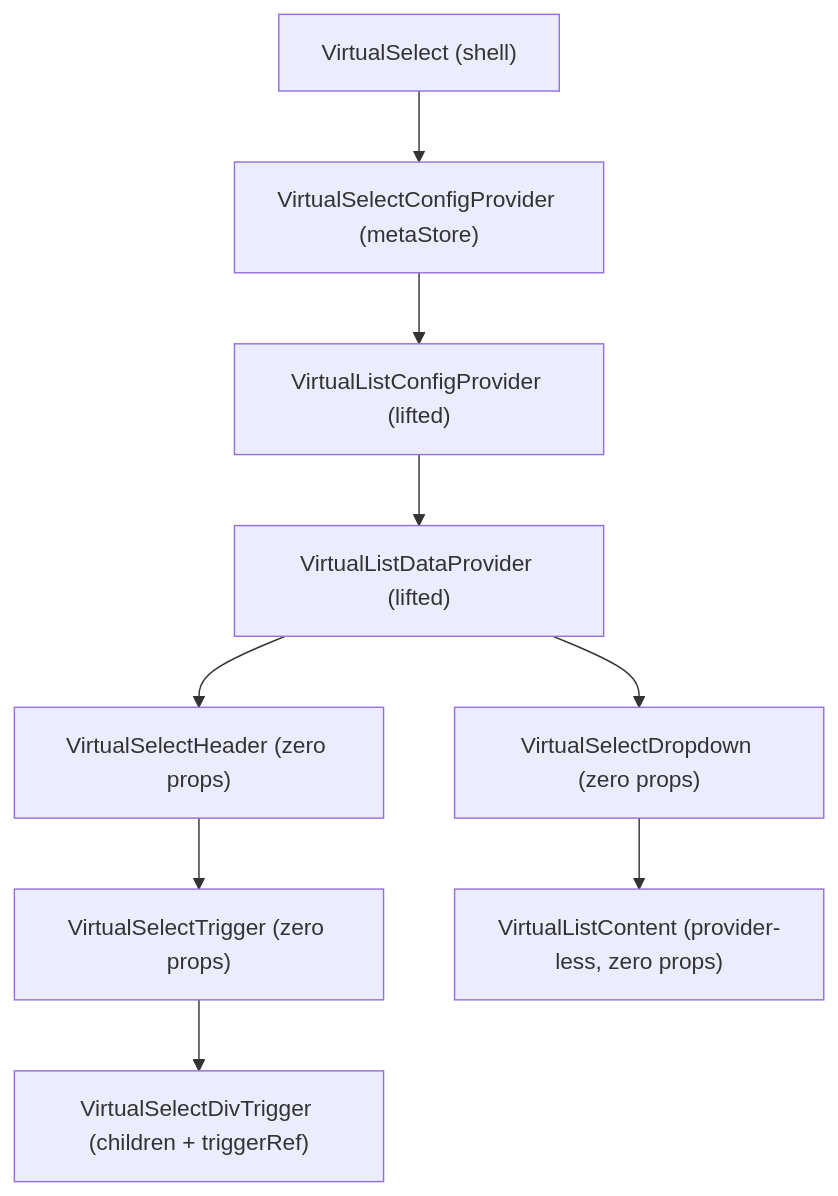
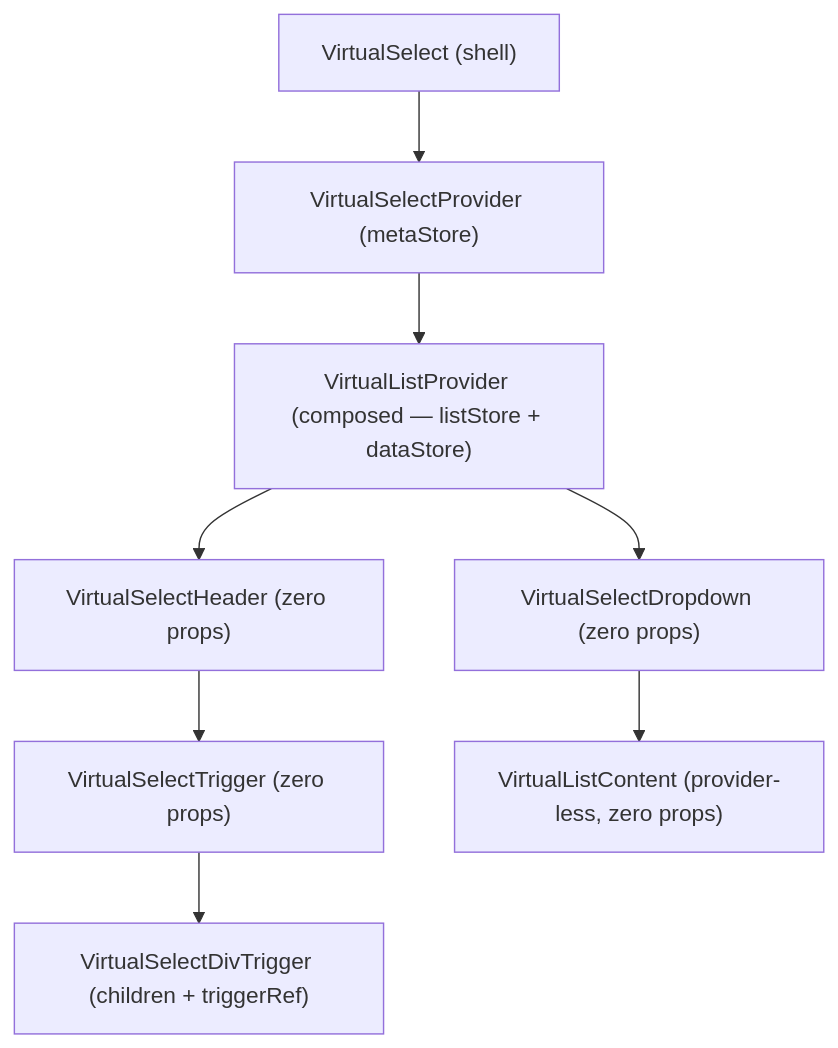
One commit to luciocabrera/lcabrera-stack changed the first of 3 diagrams in packages/ui/src/components/VirtualSelect/ARCHITECTURE.md. Above: the diagram before and after it, drawn with Mermaid. The commit also changed other lines of this file and 29 other files, not shown here.

````diff
--- a/packages/ui/src/components/VirtualSelect/ARCHITECTURE.md
+++ b/packages/ui/src/components/VirtualSelect/ARCHITECTURE.md
@@ -48,11 +48,10 @@
 ```mermaid
 graph TD
-  VS["VirtualSelect (shell)"] --> SCFG["VirtualSelectConfigProvider (metaStore)"]
-  SCFG --> LCFG["VirtualListConfigProvider (lifted)"]
-  LCFG --> LDATA["VirtualListDataProvider (lifted)"]
-  LDATA --> VSH["VirtualSelectHeader (zero props)"]
-  LDATA --> VSD["VirtualSelectDropdown (zero props)"]
+  VS["VirtualSelect (shell)"] --> SP["VirtualSelectProvider (metaStore)"]
+  SP --> LP["VirtualListProvider (composed — listStore + dataStore)"]
+  LP --> VSH["VirtualSelectHeader (zero props)"]
+  LP --> VSD["VirtualSelectDropdown (zero props)"]
   VSH --> VST["VirtualSelectTrigger (zero props)"]
   VST --> VSDT["VirtualSelectDivTrigger (children + triggerRef)"]
   VSD --> VLC["VirtualListContent (provider-less, zero props)"]
 ```
````
